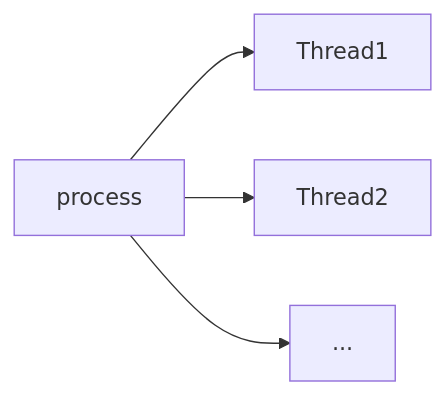
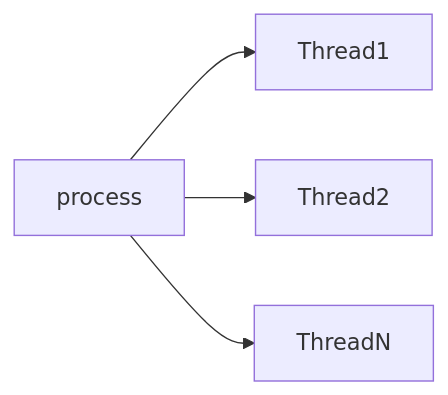
One commit to CaelmBleidd/OS changed the diagram in Mayatin.md. Above: the diagram before and after it, drawn with Mermaid. The commit also changed other lines of this file, not shown here.

````diff
--- a/Mayatin.md
+++ b/Mayatin.md
@@ -187,6 +187,6 @@
 ``` mermaid
 graph LR
 A[process] --> B[Thread1] 
 A[process] --> C[Thread2]
-A[process] --> D[...]
+A[process] --> D[ThreadN]
 ```
````
